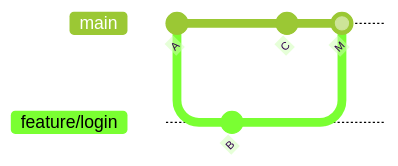
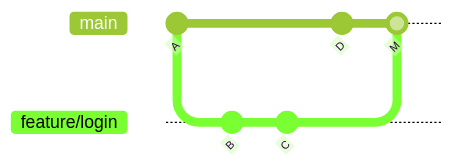
One commit to ykgw-daiki-nakamura/nakamura-git-tutorial changed the fourth of 4 diagrams in docs/guide/branching.md. Above: the diagram before and after it, drawn with Mermaid (forest theme). The commit also changed other lines of this file and 1 other file, not shown here.

First line of the commit message:
docs(guide): 3-way 図の C 衝突を解消し rebase の一直線説明を明確化（レビュー反映）

````diff
--- a/docs/guide/branching.md
+++ b/docs/guide/branching.md
@@ -75,10 +75,11 @@
 ```mermaid
 gitGraph
     commit id: "A"
     branch feature/login
     checkout feature/login
     commit id: "B"
+    commit id: "C"
     checkout main
-    commit id: "C"
+    commit id: "D"
     merge feature/login id: "M"
 ```
````
